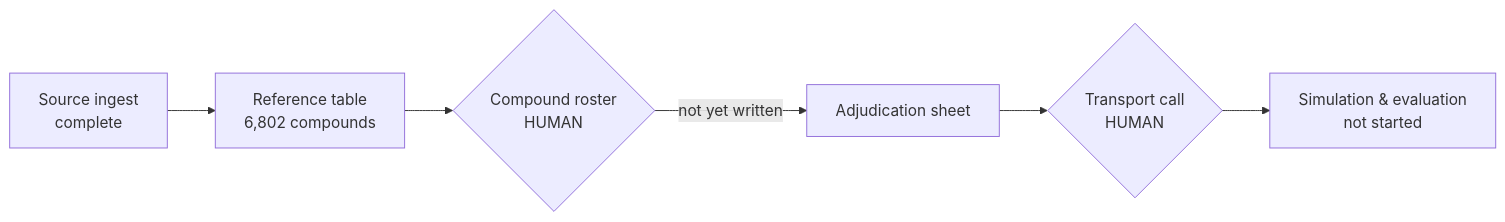
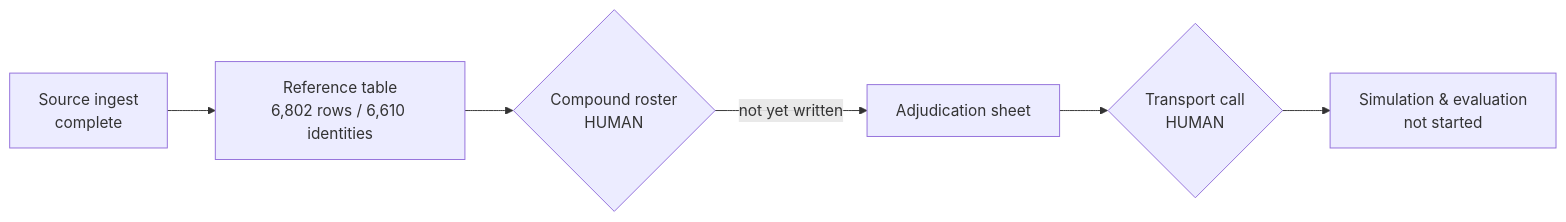
The diagram in workstreams/lung-on-chipsim/qa/_adhoc/lung-on-chipsim-walkthrough-product.md (supmo668/bioFM), drawn with Mermaid before and after one commit. The commit also changed other lines of this file, not shown here.

First line of the commit message:
TASK-lung-on-chipsim-docs - lung-on-chipsim/lung-on-chipsim for matthew-mo: docs(provenance): apply the ratified section 6.1 subject-naming to the product walkthrough — five bare 'compounds' beside 6,802 named as rows, and the 6,610 identity count disclosed where it was absent

````diff
--- a/workstreams/lung-on-chipsim/qa/_adhoc/lung-on-chipsim-walkthrough-product.md
+++ b/workstreams/lung-on-chipsim/qa/_adhoc/lung-on-chipsim-walkthrough-product.md
@@ -39,8 +42,8 @@
 ```mermaid
 flowchart LR
-  A["Source ingest<br/>complete"] --> B["Reference table<br/>6,802 compounds"]
+  A["Source ingest<br/>complete"] --> B["Reference table<br/>6,802 rows / 6,610 identities"]
   B --> C{"Compound roster<br/>HUMAN"}
   C -->|not yet written| D["Adjudication sheet"]
   D --> E{"Transport call<br/>HUMAN"}
   E --> F["Simulation &amp; evaluation<br/>not started"]
 ```
````
